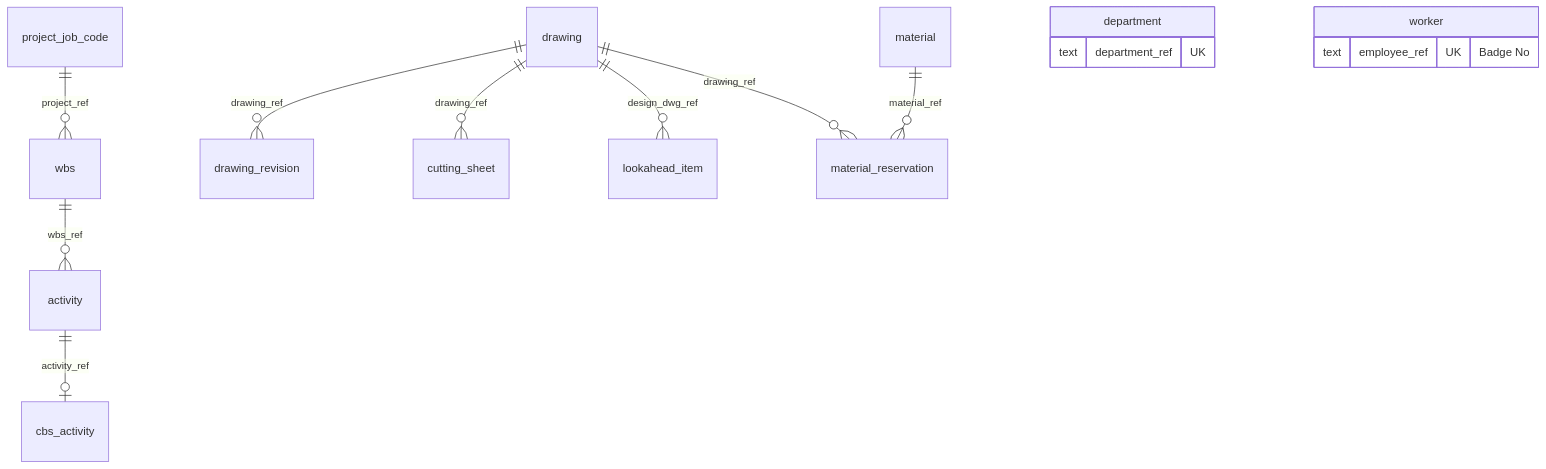
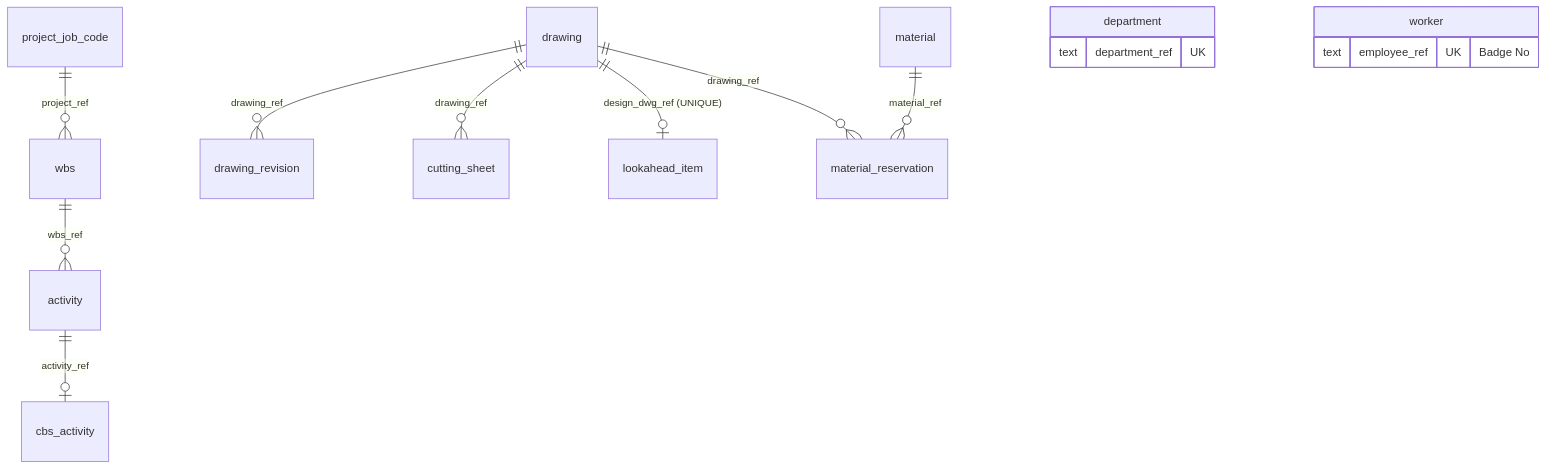
The second of 4 diagrams in docs/data-model.md (Low-Code-Solutions/star-bpa-poc), drawn with Mermaid before and after one commit. The commit also changed other lines of this file and 2 other files, not shown here.

````diff
--- a/docs/data-model.md
+++ b/docs/data-model.md
@@ -173,17 +224,17 @@
 ```mermaid
 erDiagram
     project_job_code ||--o{ wbs : "project_ref"
     wbs ||--o{ activity : "wbs_ref"
     activity ||--o| cbs_activity : "activity_ref"
     drawing ||--o{ drawing_revision : "drawing_ref"
     drawing ||--o{ cutting_sheet : "drawing_ref"
-    drawing ||--o{ lookahead_item : "design_dwg_ref"
+    drawing ||--o| lookahead_item : "design_dwg_ref (UNIQUE)"
     drawing ||--o{ material_reservation : "drawing_ref"
     material ||--o{ material_reservation : "material_ref"
     department {
         text department_ref UK
     }
     worker {
         text employee_ref UK "Badge No"
     }
 ```
````
